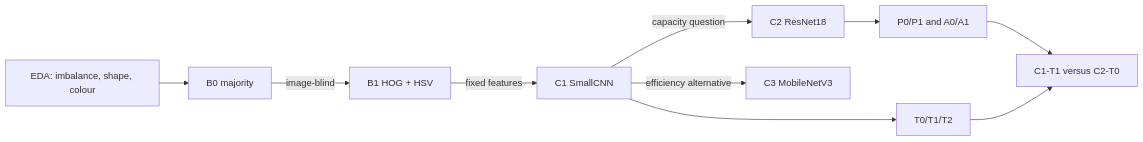
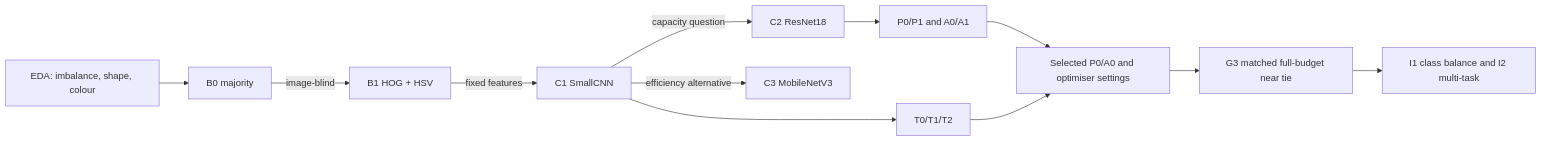
One commit to TrnLin/MLA2 changed the third of 3 diagrams in docs/task2-season-execution-report.md. Above: the diagram before and after it, drawn with Mermaid. The commit also changed other lines of this file, not shown here.

Commit message:
docs(task2): record full-budget judgement

````diff
--- a/docs/task2-season-execution-report.md
+++ b/docs/task2-season-execution-report.md
@@ -446,12 +477,14 @@
 ```mermaid
 flowchart LR
     E[EDA: imbalance, shape, colour] --> B0[B0 majority]
     B0 -->|image-blind| B1[B1 HOG + HSV]
     B1 -->|fixed features| C1[C1 SmallCNN]
     C1 -->|capacity question| C2[C2 ResNet18]
     C1 -->|efficiency alternative| C3[C3 MobileNetV3]
     C2 --> PA[P0/P1 and A0/A1]
     C1 --> T[T0/T1/T2]
-    PA --> F[C1-T1 versus C2-T0]
-    T --> F
+    PA --> S[Selected P0/A0 and optimiser settings]
+    T --> S
+    S --> F[G3 matched full-budget near tie]
+    F --> I[I1 class balance and I2 multi-task]
 ```
````
